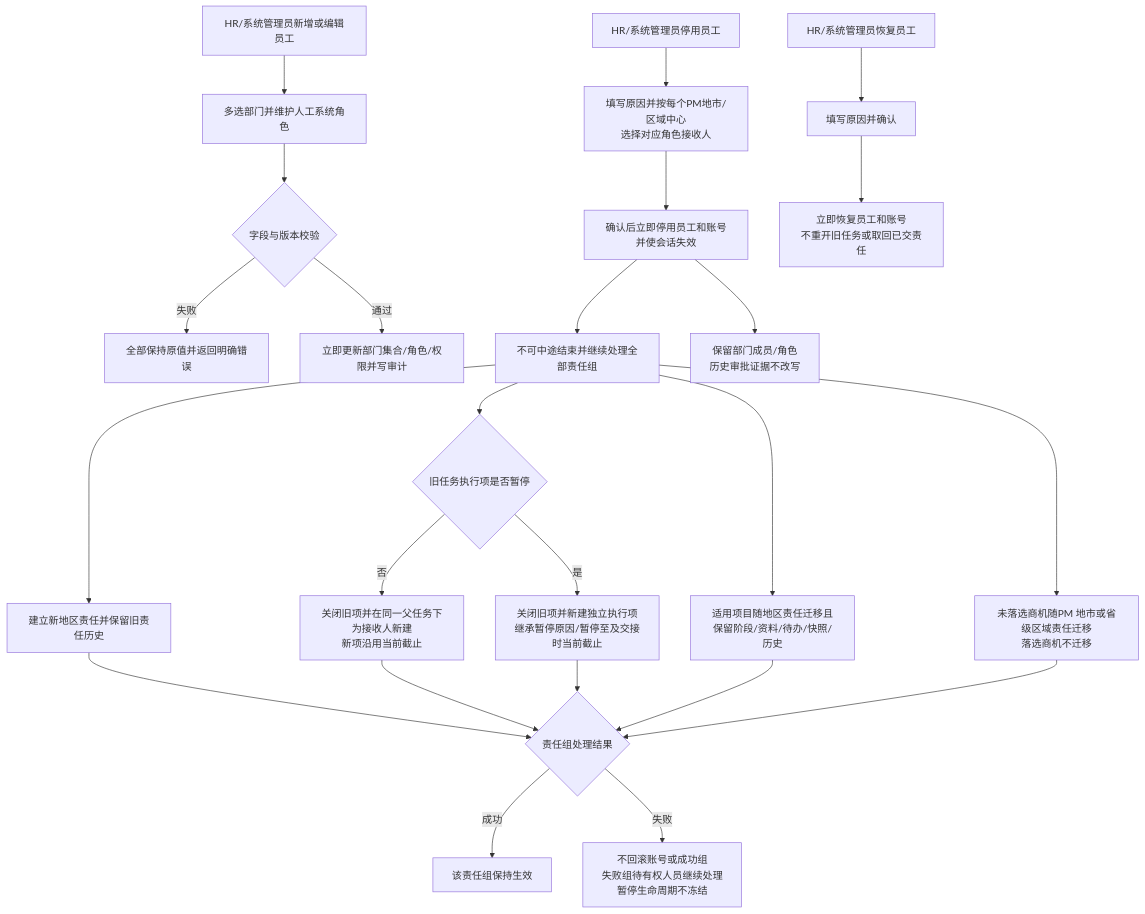
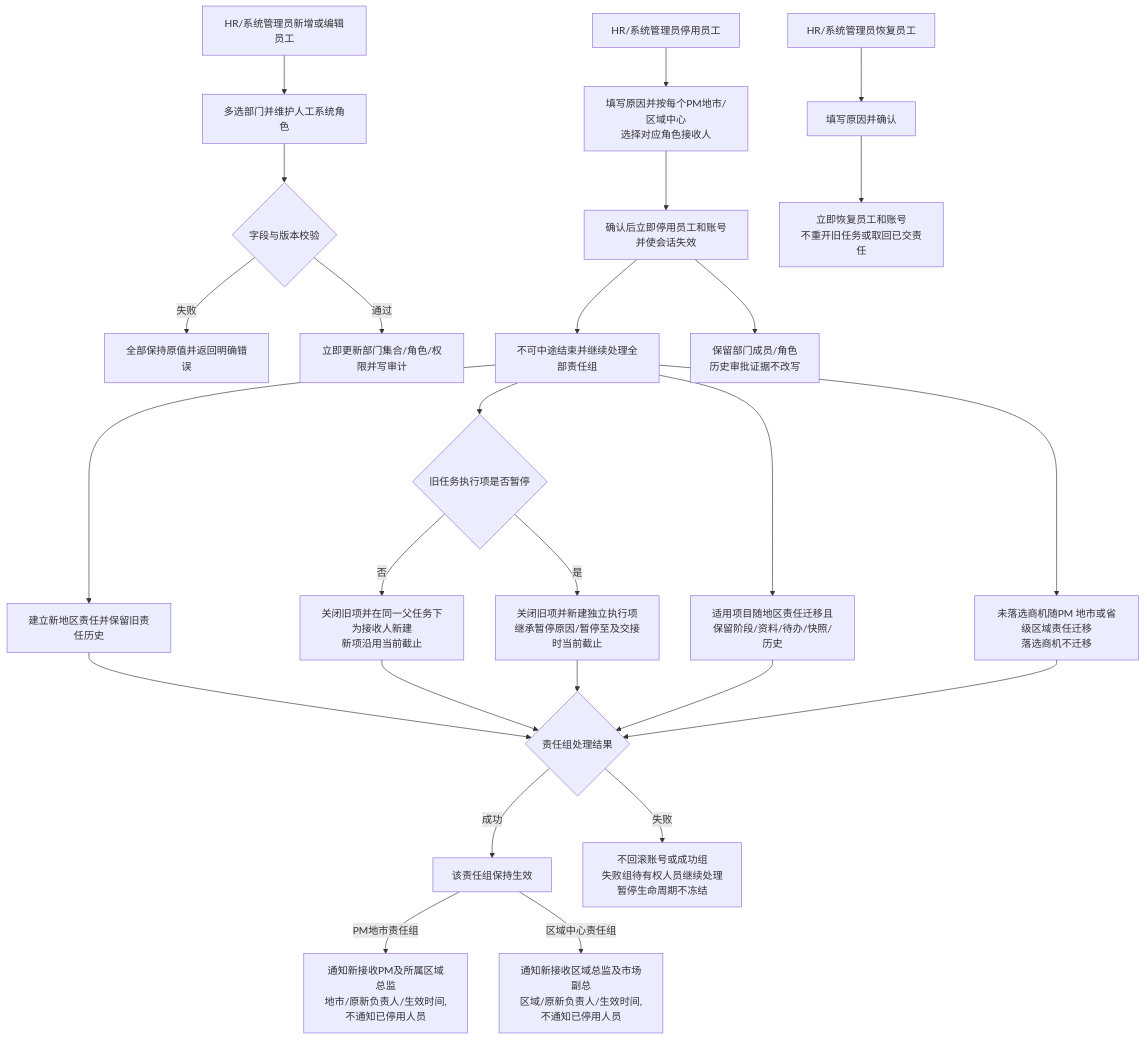
The diagram in prd-workspace/current/user-flows/FLOW-14-M06-employee-change-and-deactivation.md (Joker-1030/Yingjia-Internal-Management-System), drawn with Mermaid before and after one commit. The commit also changed 37 other files, not shown here.

````diff
--- a/prd-workspace/current/user-flows/FLOW-14-M06-employee-change-and-deactivation.md
+++ b/prd-workspace/current/user-flows/FLOW-14-M06-employee-change-and-deactivation.md
@@ -8,26 +8,28 @@
 ```mermaid
 flowchart TD
     A[HR/系统管理员新增或编辑员工] --> B[多选部门并维护人工系统角色]
     B --> C{字段与版本校验}
     C -- 失败 --> D[全部保持原值并返回明确错误]
     C -- 通过 --> E[立即更新部门集合/角色/权限并写审计]
     F[HR/系统管理员停用员工] --> G[填写原因并按每个PM地市/区域中心<br/>选择对应角色接收人]
     G --> H[确认后立即停用员工和账号并使会话失效]
     H --> I[不可中途结束并继续处理全部责任组]
     I --> J[建立新地区责任并保留旧责任历史]
     I --> K{旧任务执行项是否暂停}
     K -- 否 --> K0[关闭旧项并在同一父任务下为接收人新建<br/>新项沿用当前截止]
     K -- 是 --> K4[关闭旧项并新建独立执行项<br/>继承暂停原因/暂停至及交接时当前截止]
     I --> K1[适用项目随地区责任迁移且保留阶段/资料/待办/快照/历史]
     I --> K3[未落选商机随PM 地市或省级区域责任迁移<br/>落选商机不迁移]
     J --> L1{责任组处理结果}
     K0 --> L1
     K4 --> L1
     K1 --> L1
     K3 --> L1
     L1 -- 成功 --> L2[该责任组保持生效]
+    L2 -- PM地市责任组 --> L4[通知新接收PM及所属区域总监<br/>地市/原新负责人/生效时间,不通知已停用人员]
+    L2 -- 区域中心责任组 --> L5[通知新接收区域总监及市场副总<br/>区域/原新负责人/生效时间,不通知已停用人员]
     L1 -- 失败 --> L3[不回滚账号或成功组<br/>失败组待有权人员继续处理<br/>暂停生命周期不冻结]
     H --> K2[保留部门成员/角色<br/>历史审批证据不改写]
     M[HR/系统管理员恢复员工] --> N[填写原因并确认]
     N --> O[立即恢复员工和账号<br/>不重开旧任务或取回已交责任]
 ```
````
